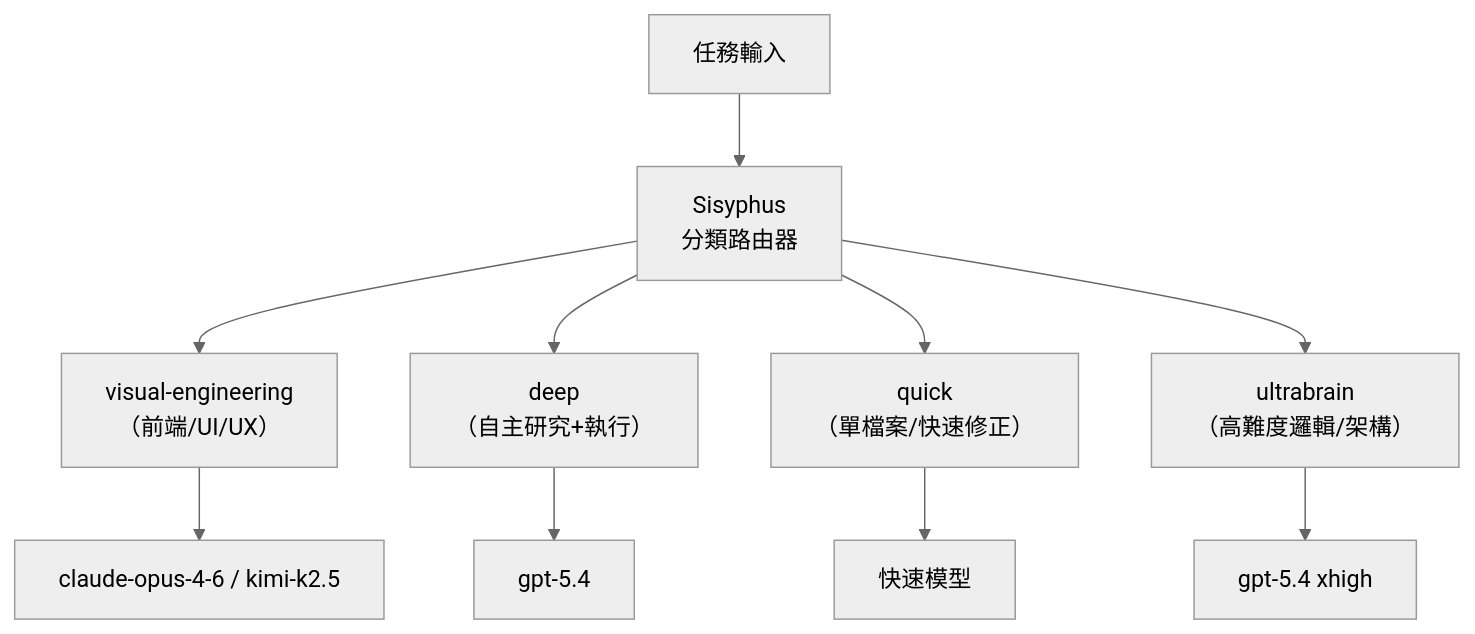
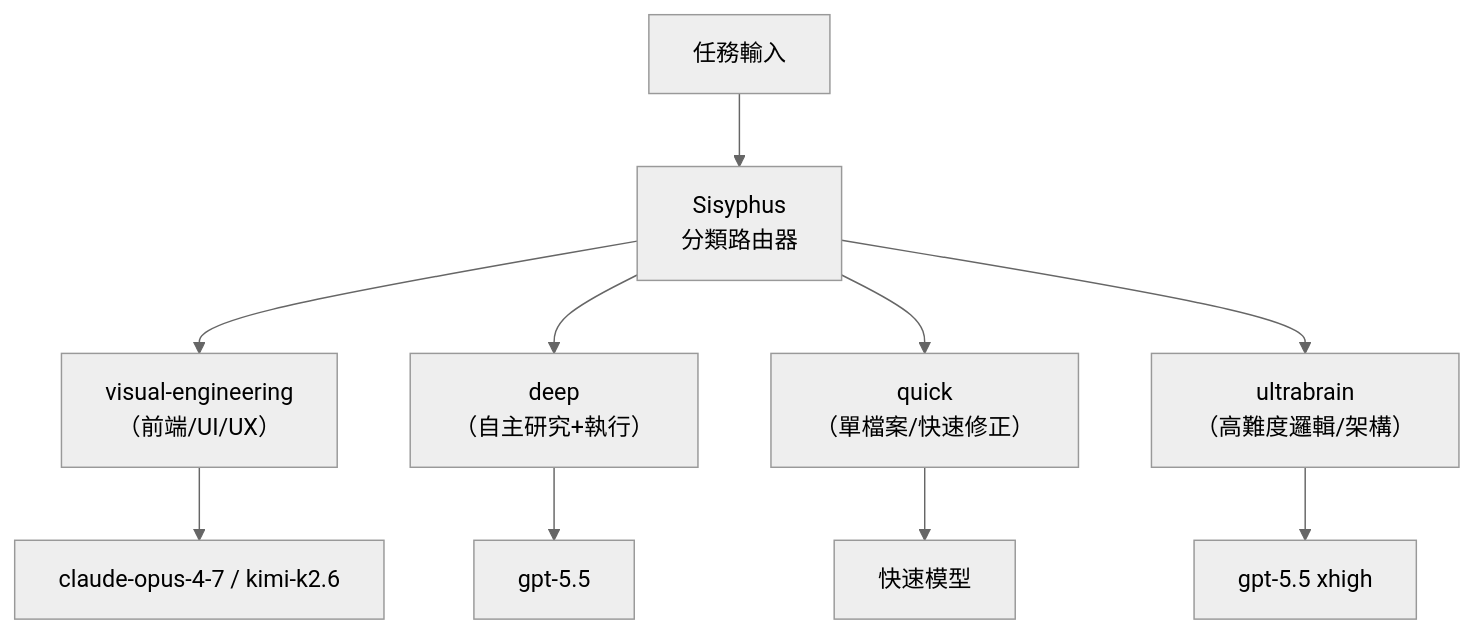
One commit to chihhung/Blog changed diagram 29 of 51 in content/posts/教學/AI開發/opencode生態系教學手冊.md. Above: the diagram before and after it, drawn with Mermaid (neutral theme). The commit also changed other lines of this file and 12 other files, not shown here.

````diff
--- a/content/posts/教學/AI開發/opencode生態系教學手冊.md
+++ b/content/posts/教學/AI開發/opencode生態系教學手冊.md
@@ -5375,26 +5403,26 @@
 ```mermaid
 graph TB
     Task["任務輸入"]
 
     Router["Sisyphus<br/>分類路由器"]
 
     Cat1["visual-engineering<br/>（前端/UI/UX）"]
     Cat2["deep<br/>（自主研究+執行）"]
     Cat3["quick<br/>（單檔案/快速修正）"]
     Cat4["ultrabrain<br/>（高難度邏輯/架構）"]
 
-    M1["claude-opus-4-6 / kimi-k2.5"]
-    M2["gpt-5.4"]
+    M1["claude-opus-4-7 / kimi-k2.6"]
+    M2["gpt-5.5"]
     M3["快速模型"]
-    M4["gpt-5.4 xhigh"]
+    M4["gpt-5.5 xhigh"]
 
     Task --> Router
     Router --> Cat1
     Router --> Cat2
     Router --> Cat3
     Router --> Cat4
     Cat1 --> M1
     Cat2 --> M2
     Cat3 --> M3
     Cat4 --> M4
 ```
````
